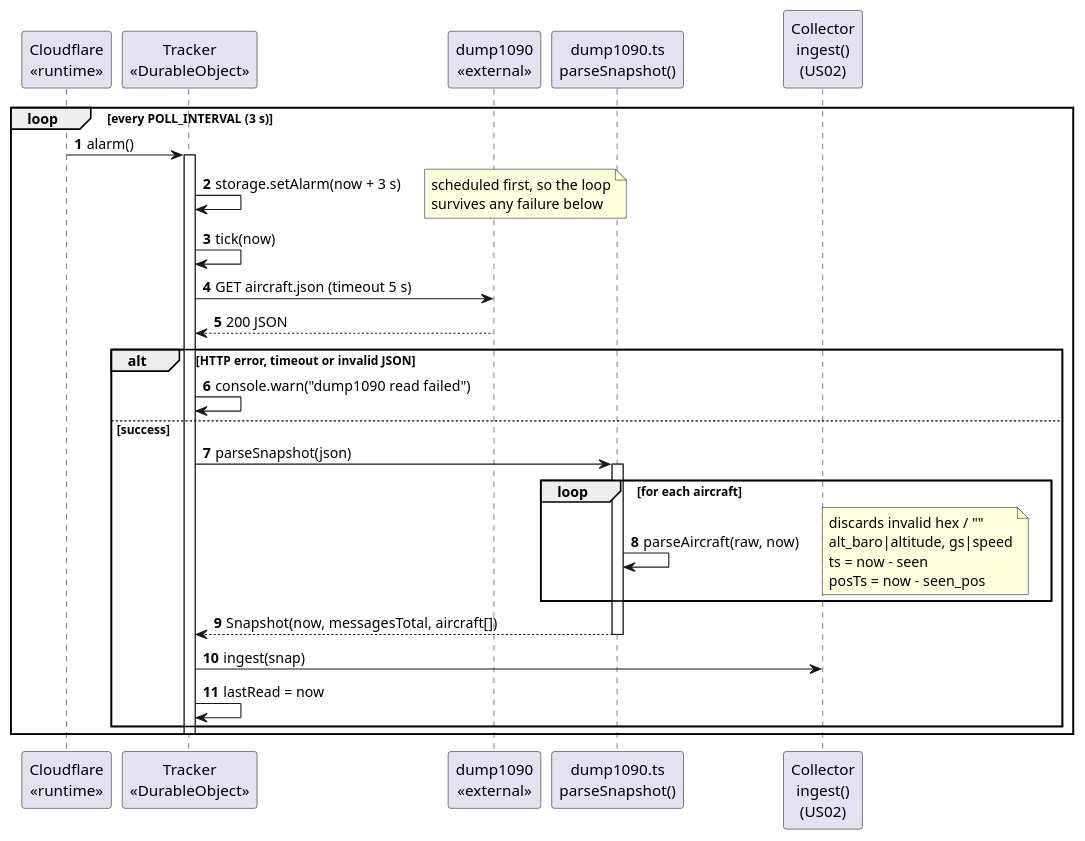
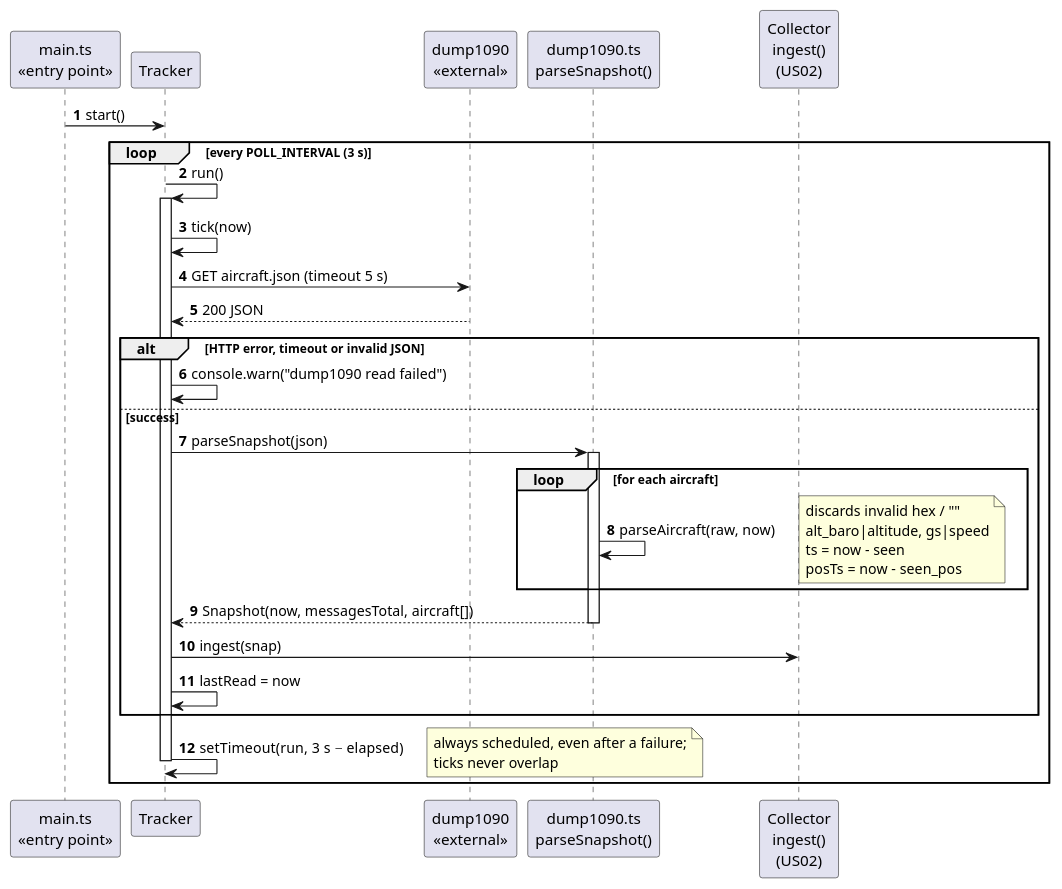
Before and after one commit to miguelsiilva1/SkyTracer: the diagram in docs/system-documentation/use-cases/US01/puml/sd_us01.puml, drawn with PlantUML. The commit also changed 17 other files, not shown here.

```diff
--- a/docs/system-documentation/use-cases/US01/puml/sd_us01.puml
+++ b/docs/system-documentation/use-cases/US01/puml/sd_us01.puml
@@ -1,39 +1,40 @@
 @startuml
 autonumber
-participant "Cloudflare\n<<runtime>>" as CF
-participant "Tracker\n<<DurableObject>>" as T
+participant "main.ts\n<<entry point>>" as M
+participant "Tracker" as T
 participant "dump1090\n<<external>>" as D
 participant "dump1090.ts\nparseSnapshot()" as Parser
 participant "Collector\ningest()\n(US02)" as C
 
+M -> T : start()
 loop every POLL_INTERVAL (3 s)
-  CF -> T : alarm()
+  T -> T : run()
   activate T
-  T -> T : storage.setAlarm(now + 3 s)
-  note right: scheduled first, so the loop\nsurvives any failure below
   T -> T : tick(now)
   T -> D : GET aircraft.json (timeout 5 s)
   D --> T : 200 JSON
 
   alt HTTP error, timeout or invalid JSON
     T -> T : console.warn("dump1090 read failed")
   else success
     T -> Parser : parseSnapshot(json)
     activate Parser
     loop for each aircraft
       Parser -> Parser : parseAircraft(raw, now)
       note right
         discards invalid hex / "~"
         alt_baro|altitude, gs|speed
         ts = now - seen
         posTs = now - seen_pos
       end note
     end
     Parser --> T : Snapshot(now, messagesTotal, aircraft[])
     deactivate Parser
     T -> C : ingest(snap)
     T -> T : lastRead = now
   end
+  T -> T : setTimeout(run, 3 s − elapsed)
+  note right: always scheduled, even after a failure;\nticks never overlap
   deactivate T
 end
 @enduml
```
